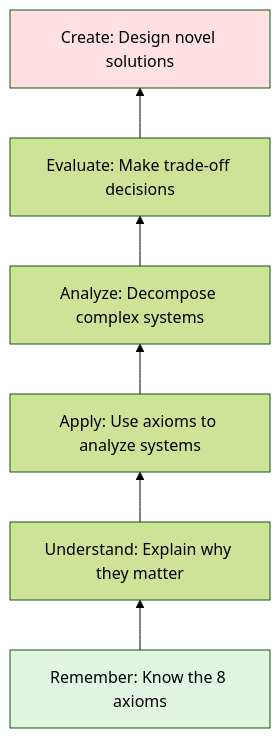
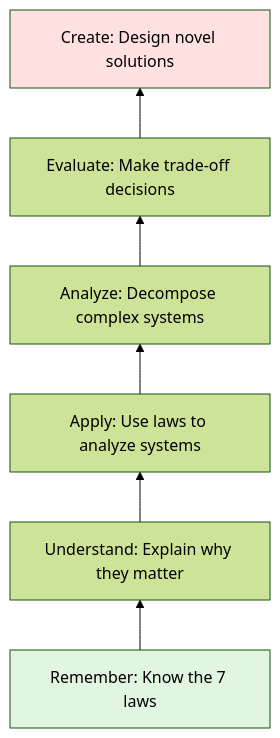
One commit to deepaucksharma/DStudio changed the first of 4 diagrams in docs/introduction/philosophy.md. Above: the diagram before and after it, drawn with Mermaid (forest theme). The commit also changed other lines of this file and 103 other files, not shown here.

````diff
--- a/docs/introduction/philosophy.md
+++ b/docs/introduction/philosophy.md
@@ -52,11 +52,11 @@
 ```mermaid
 graph BT
-    A[Remember: Know the 8 axioms] --> B[Understand: Explain why they matter]
-    B --> C[Apply: Use axioms to analyze systems]
+    A[Remember: Know the 7 laws] --> B[Understand: Explain why they matter]
+    B --> C[Apply: Use laws to analyze systems]
     C --> D[Analyze: Decompose complex systems]
     D --> E[Evaluate: Make trade-off decisions]
     E --> F[Create: Design novel solutions]
 
     style A fill:#e1f5e1
     style F fill:#ffe1e1
 ```
````
